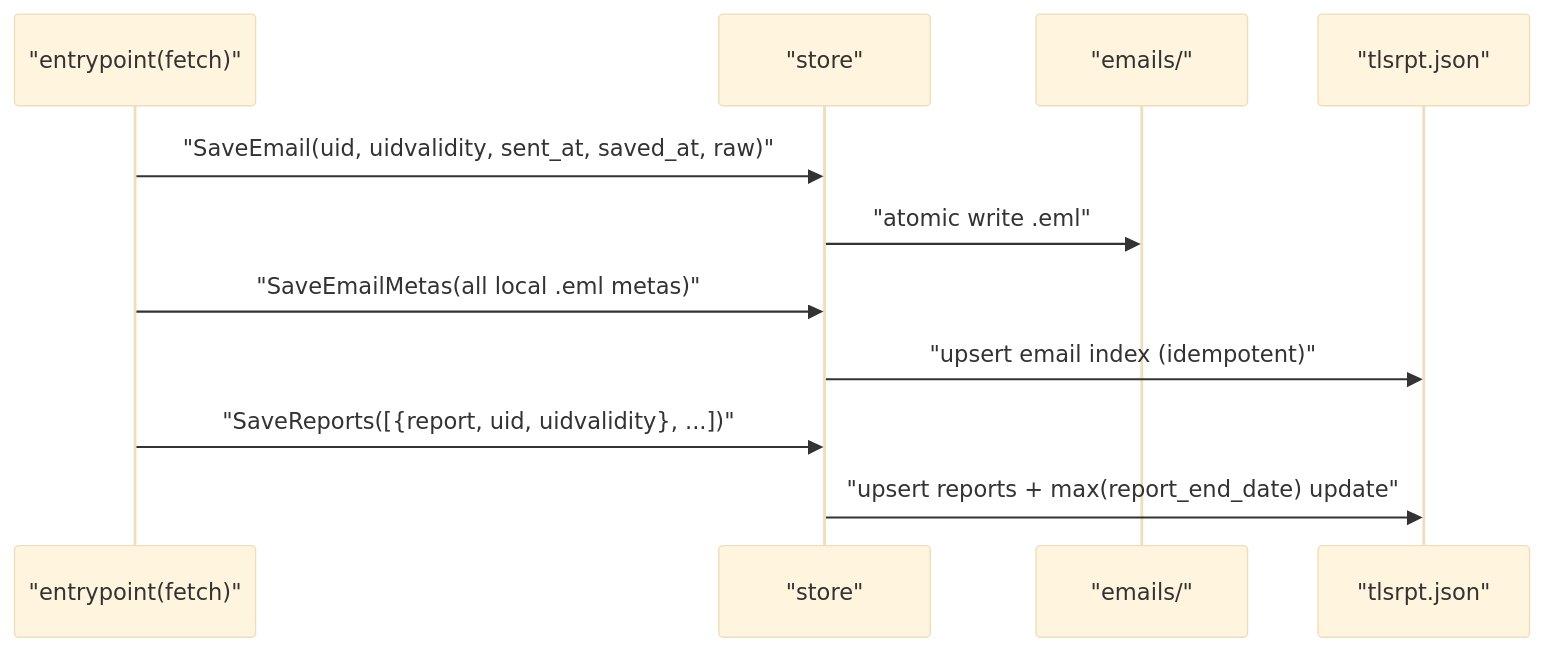
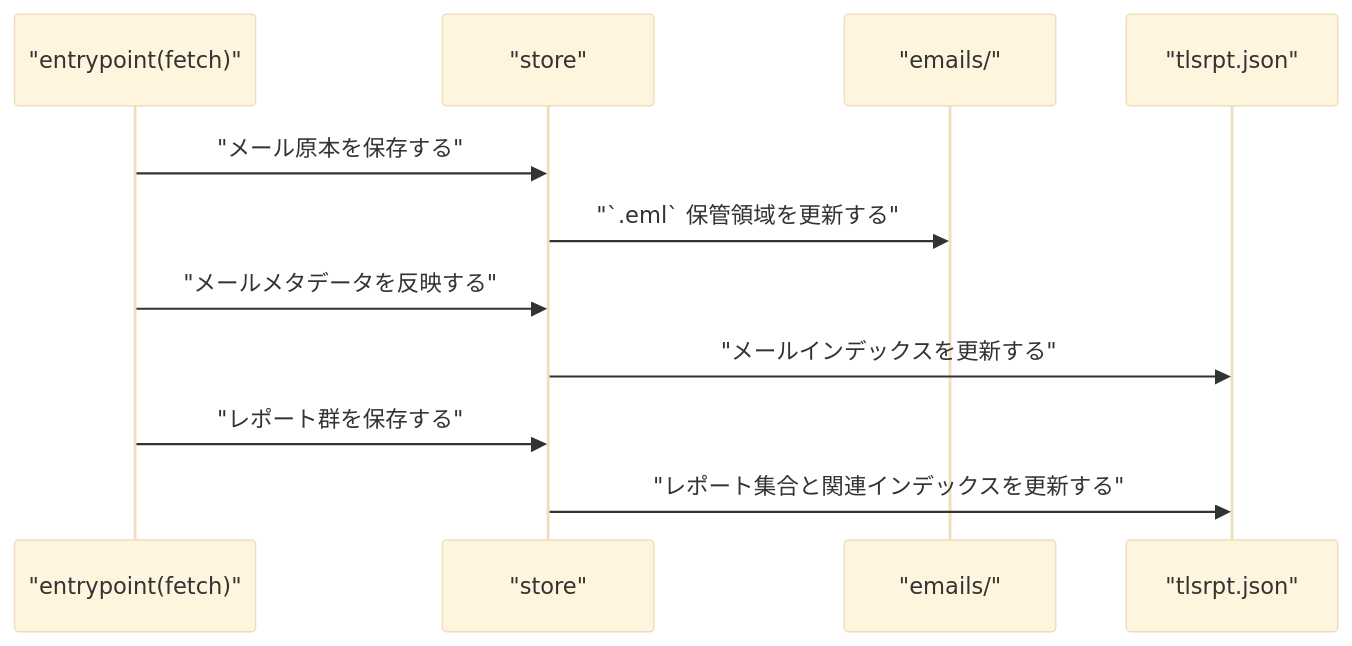
Before and after one commit to isseis/tlsrpt-digest: the ninth of 15 diagrams in docs/tasks/0040_store/02_architecture.md, drawn with Mermaid (base theme). The commit also changed other lines of this file, not shown here.

First line of the commit message:
docs(task 0040): refine store architecture design

````diff
--- a/docs/tasks/0040_store/02_architecture.md
+++ b/docs/tasks/0040_store/02_architecture.md
@@ -351,14 +376,14 @@
 ```mermaid
 sequenceDiagram
     participant EP as "entrypoint(fetch)"
     participant ST as "store"
     participant EF as "emails/"
     participant DF as "tlsrpt.json"
 
-    EP->>ST: "SaveEmail(uid, uidvalidity, sent_at, saved_at, raw)"
-    ST->>EF: "atomic write .eml"
-    EP->>ST: "SaveEmailMetas(all local .eml metas)"
-    ST->>DF: "upsert email index (idempotent)"
-    EP->>ST: "SaveReports([{report, uid, uidvalidity}, ...])"
-    ST->>DF: "upsert reports + max(report_end_date) update"
+    EP->>ST: "メール原本を保存する"
+    ST->>EF: "`.eml` 保管領域を更新する"
+    EP->>ST: "メールメタデータを反映する"
+    ST->>DF: "メールインデックスを更新する"
+    EP->>ST: "レポート群を保存する"
+    ST->>DF: "レポート集合と関連インデックスを更新する"
 ```
````
